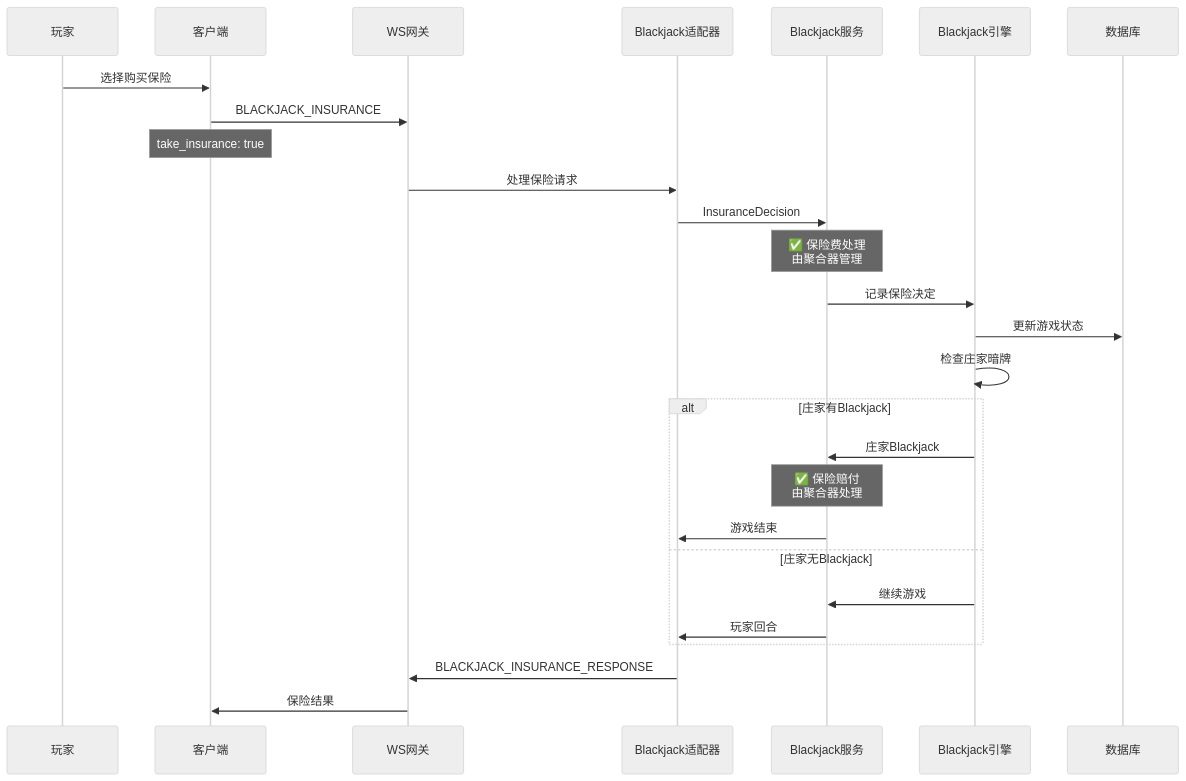
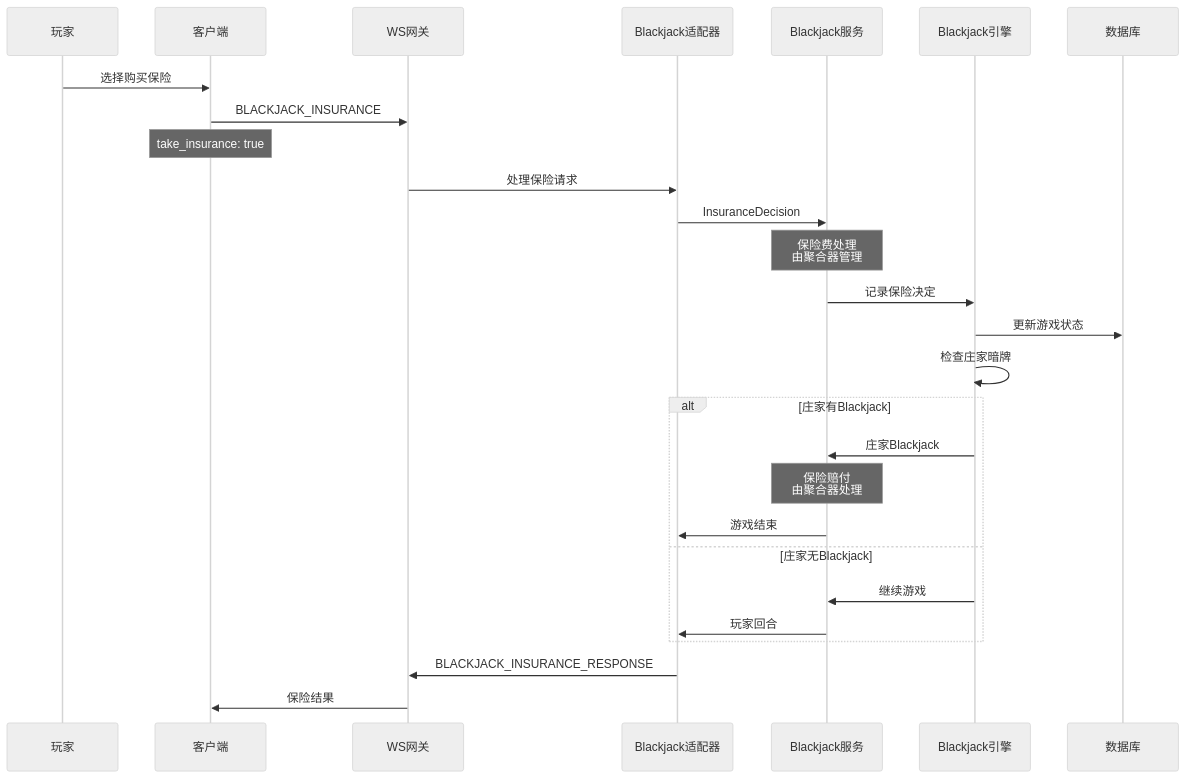
The sixth of 32 diagrams in sequence-diagrams-zh.md (infigaming-com/invoker-gh-pages), drawn with Mermaid (neutral theme) before and after one commit. The commit also changed other lines of this file and 3 other files, not shown here.

````diff
--- a/sequence-diagrams-zh.md
+++ b/sequence-diagrams-zh.md
@@ -288,36 +288,36 @@
 ```mermaid
 sequenceDiagram
     participant Player as 玩家
     participant Client as 客户端
     participant WSGateway as WS网关
     participant BJAdapter as Blackjack适配器
     participant BJService as Blackjack服务
     participant BJEngine as Blackjack引擎
     participant Database as 数据库
 
     Player->>Client: 选择购买保险
     Client->>WSGateway: BLACKJACK_INSURANCE
     Note over Client: take_insurance: true
     
     WSGateway->>BJAdapter: 处理保险请求
     BJAdapter->>BJService: InsuranceDecision
     
-    Note over BJService: ✅ 保险费处理<br/>由聚合器管理
+    Note over BJService: 保险费处理<br/>由聚合器管理
     
     BJService->>BJEngine: 记录保险决定
     BJEngine->>Database: 更新游戏状态
     
     BJEngine->>BJEngine: 检查庄家暗牌
     
     alt 庄家有Blackjack
         BJEngine->>BJService: 庄家Blackjack
-        Note over BJService: ✅ 保险赔付<br/>由聚合器处理
+        Note over BJService: 保险赔付<br/>由聚合器处理
         BJService->>BJAdapter: 游戏结束
     else 庄家无Blackjack
         BJEngine->>BJService: 继续游戏
         BJService->>BJAdapter: 玩家回合
     end
     
     BJAdapter->>WSGateway: BLACKJACK_INSURANCE_RESPONSE
     WSGateway->>Client: 保险结果
 ```
````
